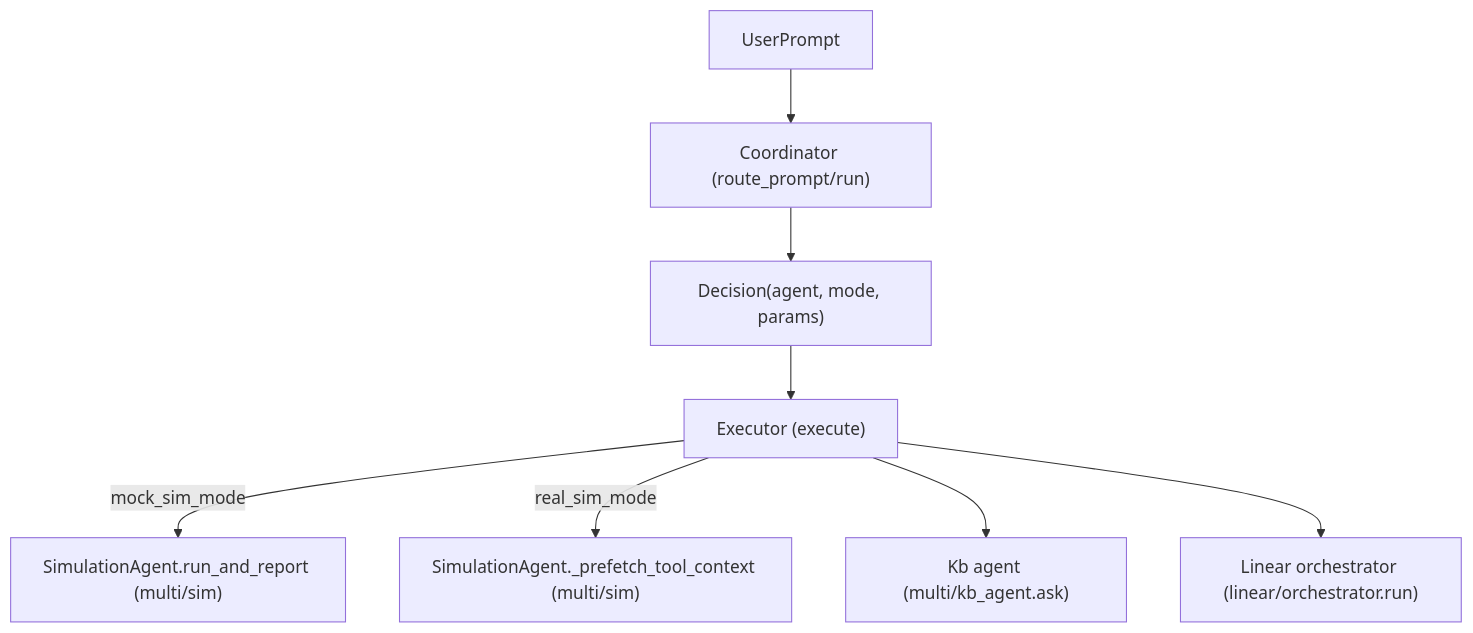
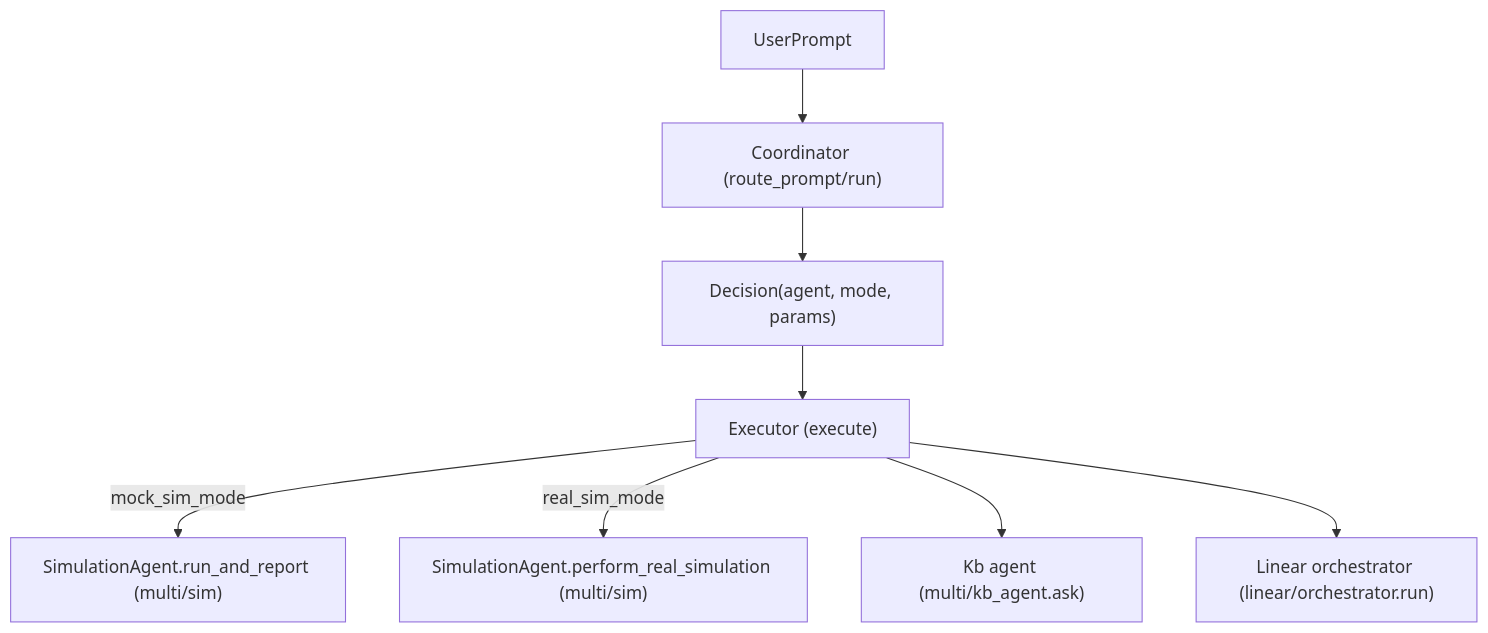
Before and after one commit to Alope489/llm-sandbox: the second of 4 diagrams in ARCHITECTURE.md, drawn with Mermaid. The commit also changed other lines of this file and 4 other files, not shown here.

First line of the commit message:
Rename _prefetch_tool_context to perform_real_simulation

````diff
--- a/ARCHITECTURE.md
+++ b/ARCHITECTURE.md
@@ -153,10 +153,10 @@
 ```mermaid
 graph TD
     userPrompt["UserPrompt"] --> coordinator["Coordinator (route_prompt/run)"]
     coordinator --> decision["Decision(agent, mode, params)"]
     decision --> executor["Executor (execute)"]
     executor -->|"mock_sim_mode"| simAgentLoop["SimulationAgent.run_and_report (multi/sim)"]
-    executor -->|"real_sim_mode"| simAgentPrefetch["SimulationAgent._prefetch_tool_context (multi/sim)"]
+    executor -->|"real_sim_mode"| simAgentPrefetch["SimulationAgent.perform_real_simulation (multi/sim)"]
     executor --> kbAgent["Kb agent (multi/kb_agent.ask)"]
     executor --> linearOrch["Linear orchestrator (linear/orchestrator.run)"]
 ```
````
